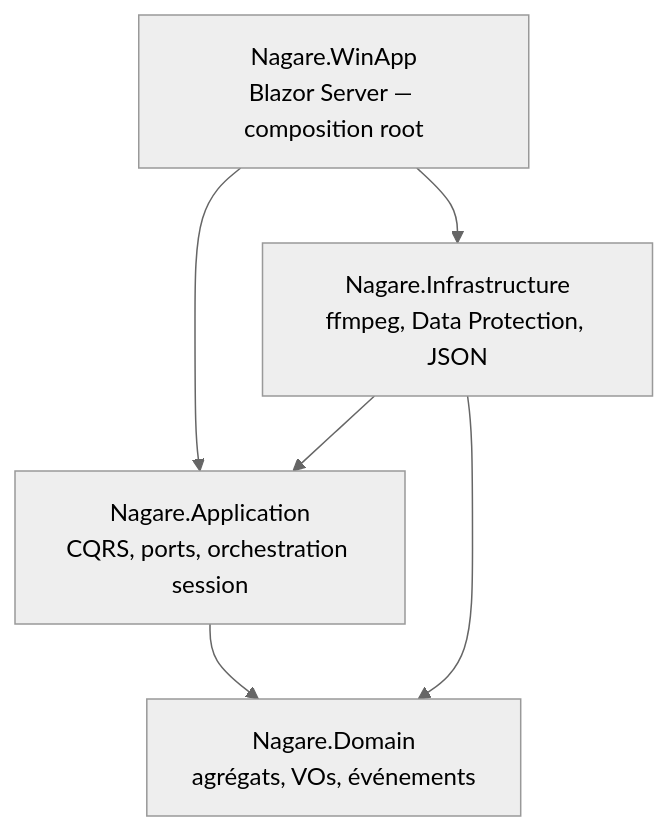
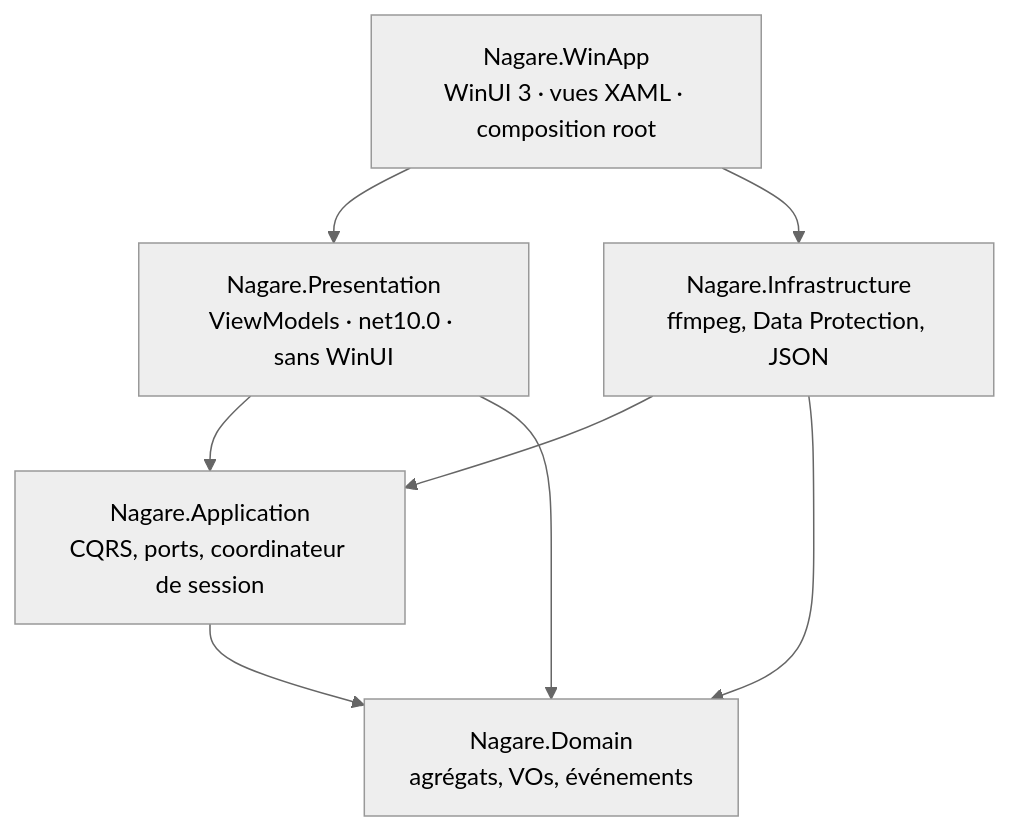
The first of 3 diagrams in docs/ARCHITECTURE.md (oliver254/Nagare), drawn with Mermaid (neutral theme) before and after one commit. The commit also changed other lines of this file and 8 other files, not shown here.

````diff
--- a/docs/ARCHITECTURE.md
+++ b/docs/ARCHITECTURE.md
@@ -27,8 +29,10 @@
 ```mermaid
 graph TD
-    Web[Nagare.WinApp<br/>Blazor Server — composition root] --> App[Nagare.Application<br/>CQRS, ports, orchestration session]
-    Web --> Infra[Nagare.Infrastructure<br/>ffmpeg, Data Protection, JSON]
+    Win[Nagare.WinApp<br/>WinUI 3 · vues XAML · composition root] --> Pres[Nagare.Presentation<br/>ViewModels · net10.0 · sans WinUI]
+    Win --> Infra[Nagare.Infrastructure<br/>ffmpeg, Data Protection, JSON]
+    Pres --> App[Nagare.Application<br/>CQRS, ports, coordinateur de session]
     Infra --> App
     App --> Dom[Nagare.Domain<br/>agrégats, VOs, événements]
     Infra --> Dom
+    Pres --> Dom
 ```
````
